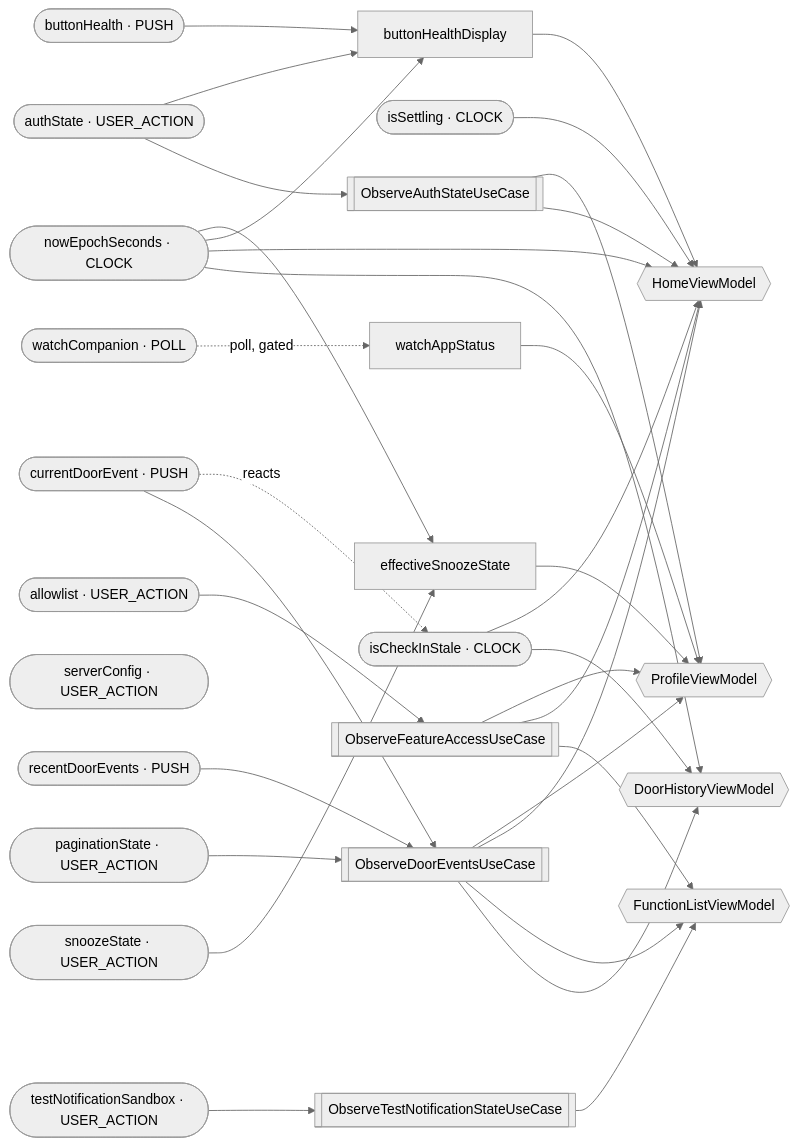
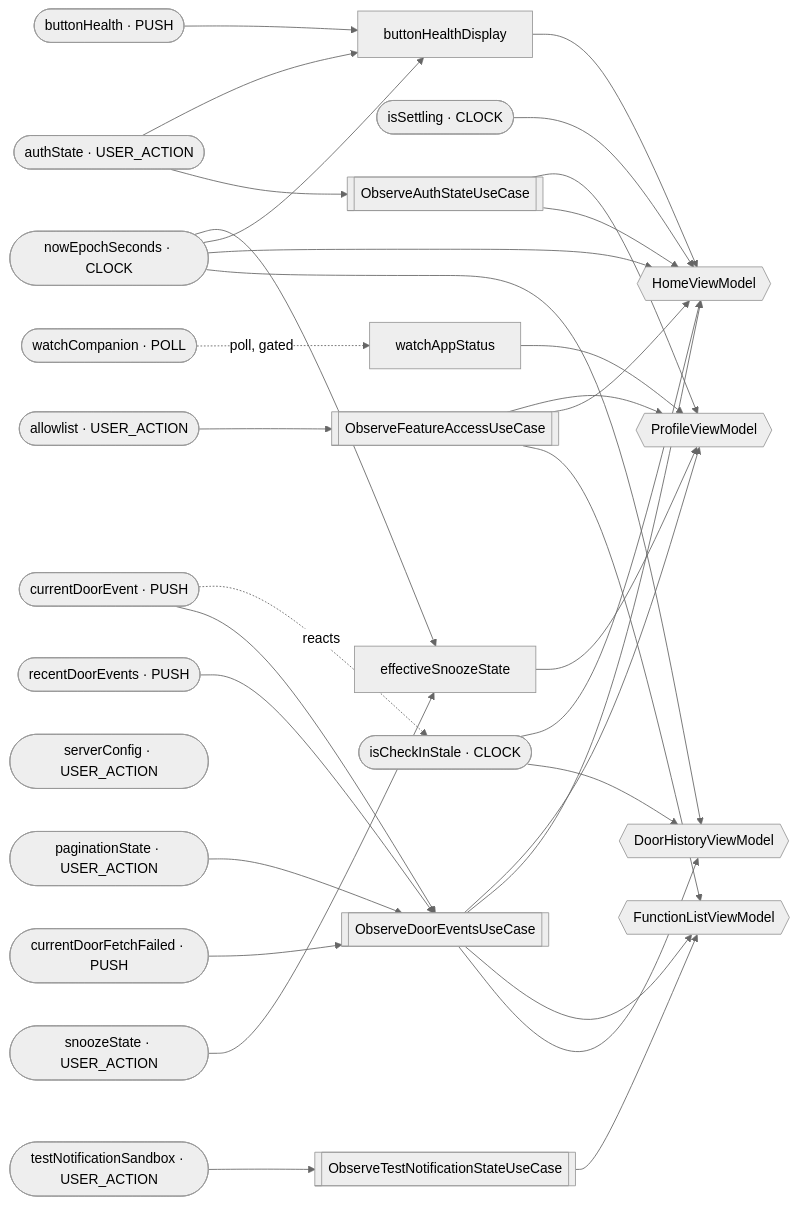
Before and after one commit to cartland/SmartGarageDoor: the diagram in MobileGarage/docs/DATA_GRAPH.md, drawn with Mermaid (neutral theme). The commit also changed other lines of this file and 18 other files, not shown here.

````diff
--- a/MobileGarage/docs/DATA_GRAPH.md
+++ b/MobileGarage/docs/DATA_GRAPH.md
@@ -39,58 +40,60 @@
 ```mermaid
 graph LR
     authState(["authState · USER_ACTION"])
     currentDoorEvent(["currentDoorEvent · PUSH"])
+    currentDoorFetchFailed(["currentDoorFetchFailed · PUSH"])
     recentDoorEvents(["recentDoorEvents · PUSH"])
     paginationState(["paginationState · USER_ACTION"])
     buttonHealth(["buttonHealth · PUSH"])
     snoozeState(["snoozeState · USER_ACTION"])
     serverConfig(["serverConfig · USER_ACTION"])
     allowlist(["allowlist · USER_ACTION"])
     testNotificationSandbox(["testNotificationSandbox · USER_ACTION"])
     nowEpochSeconds(["nowEpochSeconds · CLOCK"])
     isCheckInStale(["isCheckInStale · CLOCK"])
     isSettling(["isSettling · CLOCK"])
     watchCompanion(["watchCompanion · POLL"])
     buttonHealthDisplay["buttonHealthDisplay"]
     effectiveSnoozeState["effectiveSnoozeState"]
     watchAppStatus["watchAppStatus"]
     ObserveAuthStateUseCase[["ObserveAuthStateUseCase"]]
     ObserveDoorEventsUseCase[["ObserveDoorEventsUseCase"]]
     ObserveFeatureAccessUseCase[["ObserveFeatureAccessUseCase"]]
     ObserveTestNotificationStateUseCase[["ObserveTestNotificationStateUseCase"]]
     DoorHistoryViewModel{{"DoorHistoryViewModel"}}
     FunctionListViewModel{{"FunctionListViewModel"}}
     HomeViewModel{{"HomeViewModel"}}
     ProfileViewModel{{"ProfileViewModel"}}
     authState --> ObserveAuthStateUseCase
     ObserveAuthStateUseCase --> HomeViewModel
     ObserveAuthStateUseCase --> ProfileViewModel
     currentDoorEvent --> ObserveDoorEventsUseCase
+    currentDoorFetchFailed --> ObserveDoorEventsUseCase
     paginationState --> ObserveDoorEventsUseCase
     recentDoorEvents --> ObserveDoorEventsUseCase
     ObserveDoorEventsUseCase --> DoorHistoryViewModel
     ObserveDoorEventsUseCase --> FunctionListViewModel
     ObserveDoorEventsUseCase --> HomeViewModel
     ObserveDoorEventsUseCase --> ProfileViewModel
     allowlist --> ObserveFeatureAccessUseCase
     ObserveFeatureAccessUseCase --> FunctionListViewModel
     ObserveFeatureAccessUseCase --> HomeViewModel
     ObserveFeatureAccessUseCase --> ProfileViewModel
     testNotificationSandbox --> ObserveTestNotificationStateUseCase
     ObserveTestNotificationStateUseCase --> FunctionListViewModel
     isCheckInStale --> DoorHistoryViewModel
     isCheckInStale --> HomeViewModel
     isSettling --> HomeViewModel
     nowEpochSeconds --> DoorHistoryViewModel
     nowEpochSeconds --> HomeViewModel
     currentDoorEvent -. reacts .-> isCheckInStale
     authState --> buttonHealthDisplay
     buttonHealth --> buttonHealthDisplay
     nowEpochSeconds --> buttonHealthDisplay
     buttonHealthDisplay --> HomeViewModel
     nowEpochSeconds --> effectiveSnoozeState
     snoozeState --> effectiveSnoozeState
     effectiveSnoozeState --> ProfileViewModel
     watchCompanion -. poll, gated .-> watchAppStatus
     watchAppStatus --> ProfileViewModel
 ```
````
